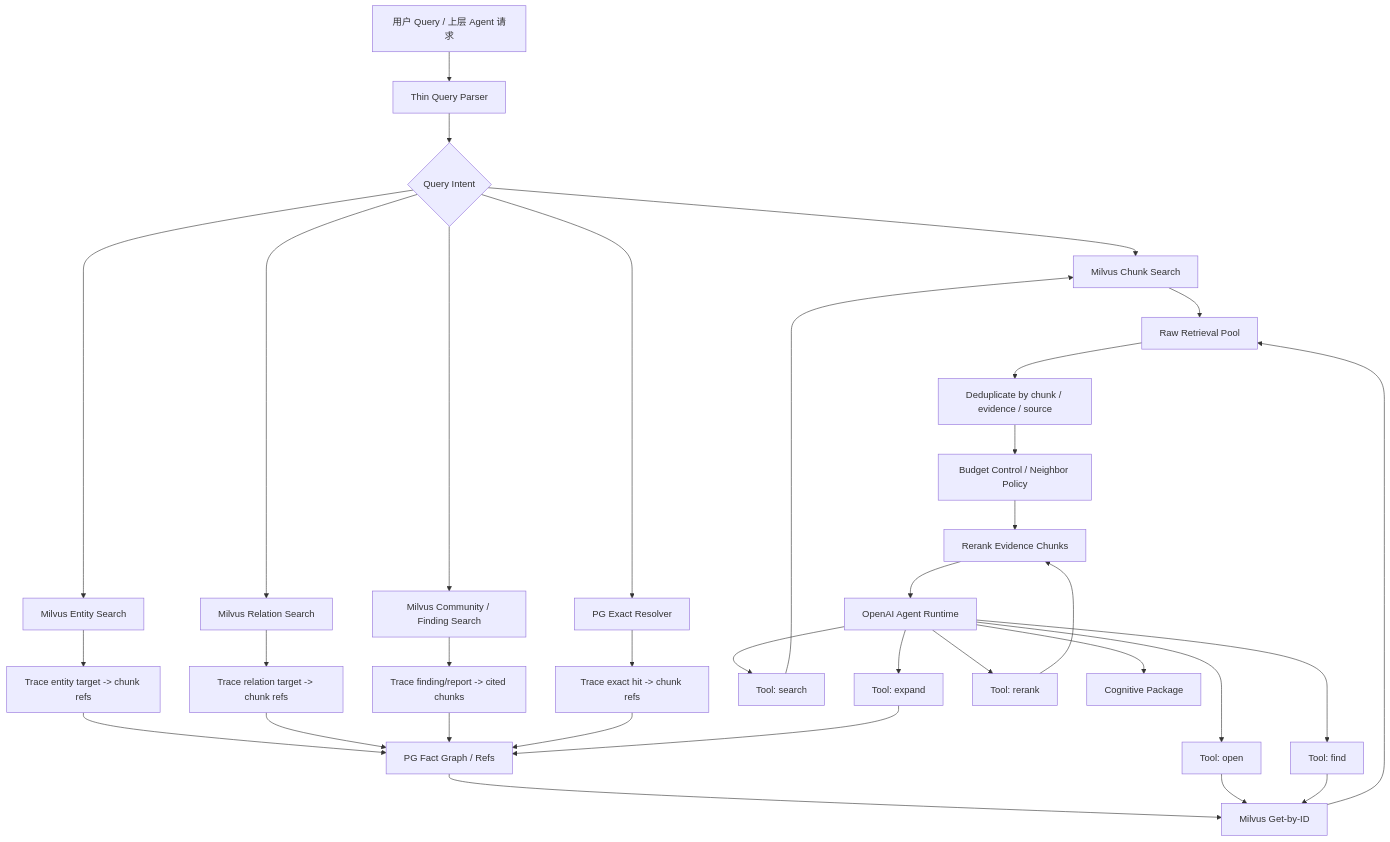
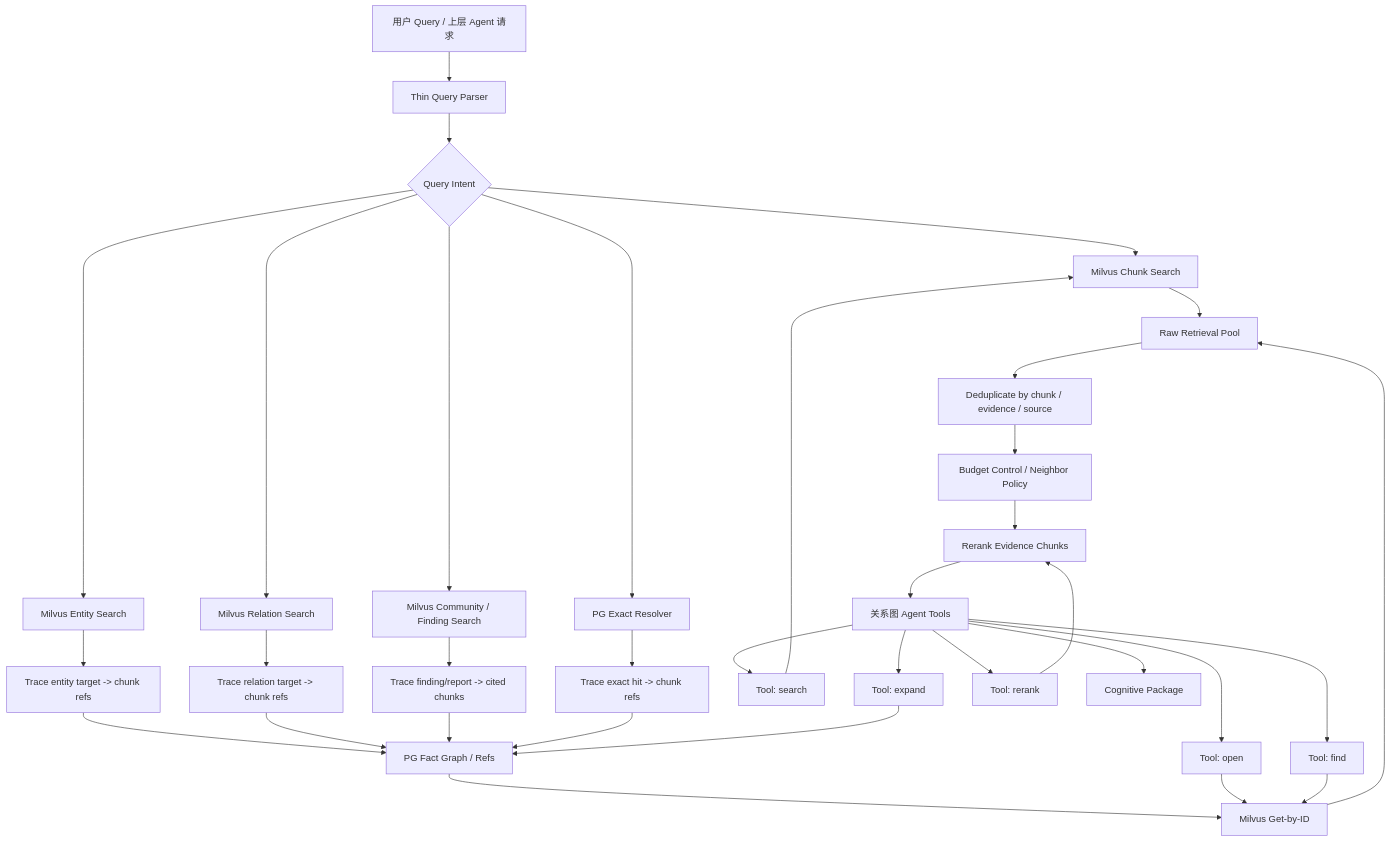
One commit to qiyuebuku/frida-test changed the first of 4 diagrams in .claude/skills/smart-fund-server/docs/3. 实施方案/4. 知识图谱/12. Milvus语义检索与PG关系展开查询链路实施方案.md. Above: the diagram before and after it, drawn with Mermaid. The commit also changed other lines of this file and 171 other files, not shown here.

````diff
--- a/.claude/skills/smart-fund-server/docs/3. 实施方案/4. 知识图谱/12. Milvus语义检索与PG关系展开查询链路实施方案.md
+++ b/.claude/skills/smart-fund-server/docs/3. 实施方案/4. 知识图谱/12. Milvus语义检索与PG关系展开查询链路实施方案.md
@@ -52,44 +52,44 @@
 ```mermaid
 flowchart TB
     Q[用户 Query / 上层 Agent 请求] --> P[Thin Query Parser]
 
     P --> Intent{Query Intent}
 
     Intent --> CS[Milvus Chunk Search]
     Intent --> ES[Milvus Entity Search]
     Intent --> RS[Milvus Relation Search]
     Intent --> NS[Milvus Community / Finding Search]
     Intent --> PGX[PG Exact Resolver]
 
     CS --> Pool[Raw Retrieval Pool]
     ES --> Trace1[Trace entity target -> chunk refs]
     RS --> Trace2[Trace relation target -> chunk refs]
     NS --> Trace3[Trace finding/report -> cited chunks]
     PGX --> Trace4[Trace exact hit -> chunk refs]
 
     Trace1 --> PG[PG Fact Graph / Refs]
     Trace2 --> PG
     Trace3 --> PG
     Trace4 --> PG
 
     PG --> GET[Milvus Get-by-ID]
     GET --> Pool
 
     Pool --> Dedupe[Deduplicate by chunk / evidence / source]
     Dedupe --> Budget[Budget Control / Neighbor Policy]
     Budget --> Rerank[Rerank Evidence Chunks]
-    Rerank --> Agent[OpenAI Agent Runtime]
+    Rerank --> Agent[关系图 Agent Tools]
 
     Agent --> ToolSearch[Tool: search]
     Agent --> ToolOpen[Tool: open]
     Agent --> ToolFind[Tool: find]
     Agent --> ToolExpand[Tool: expand]
     Agent --> ToolRerank[Tool: rerank]
     Agent --> Answer[Cognitive Package]
 
     ToolSearch --> CS
     ToolExpand --> PG
     ToolOpen --> GET
     ToolFind --> GET
     ToolRerank --> Rerank
 ```
````
